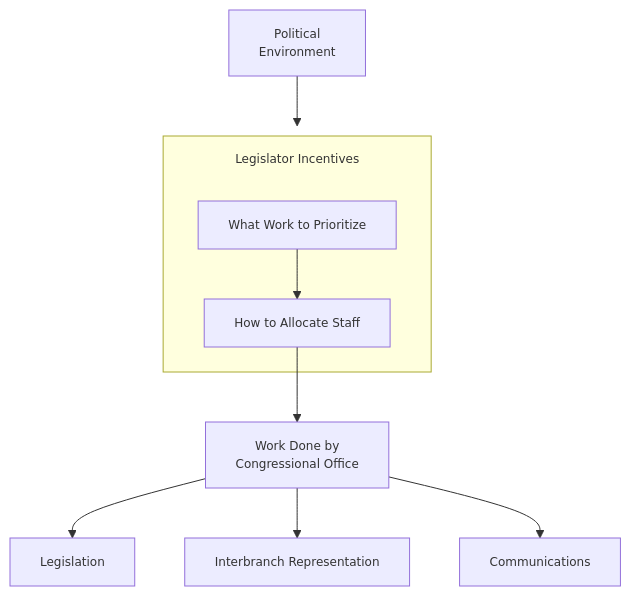
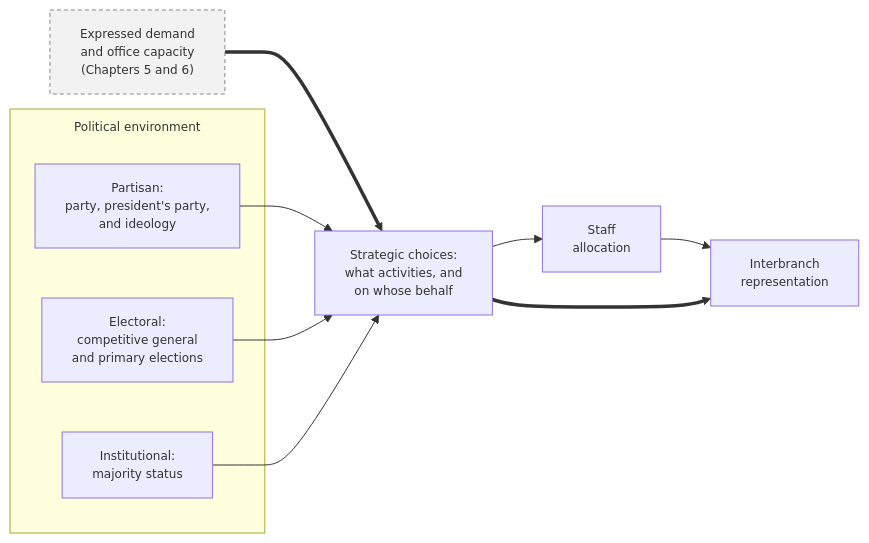
One commit to judgelord/cor-book changed the fourth of 6 diagrams in causal.qmd. Above: the diagram before and after it, drawn with Mermaid. The commit also changed other lines of this file and 38 other files, not shown here.

````diff
--- a/causal.qmd
+++ b/causal.qmd
@@ -152,24 +157,22 @@
 ```{mermaid}
-%%| label: fig-causal-strategy
-%%| fig-cap: "How legislator's strategic choices shape interbranch representation activities"
-%%| fig-width: 6.5
-%%| out-width: "100%"
-%%{init: {"themeVariables": {"fontSize": "12px"}, "flowchart": {"subGraphTitleMargin": {"top": 15, "bottom": 25}, "htmlLabels": false}}}%%
-flowchart TD
-        PE["Political<br/>Environment"]
-    subgraph strategic_g ["Legislator Incentives"]
-        G["What Work to Prioritize"]
-        SA["How to Allocate Staff"]
+%%{init: {"themeVariables": {"fontSize": "12px"}, "flowchart": {"subGraphTitleMargin": {"top": 10, "bottom": 10}, "htmlLabels": false}}}%%
+flowchart LR
+    D["Expressed demand<br/>and office capacity<br/>(Chapters 5 and 6)"]
+    subgraph env ["Political environment"]
+        PI["Partisan:<br/>party, president's party,<br/>and ideology"]
+        EL["Electoral:<br/>competitive general<br/>and primary elections"]
+        MJ["Institutional:<br/>majority status"]
     end
-        W["Work Done by<br/>Congressional Office"]
-        L["Legislation"]
-        A["Interbranch Representation"]
-        C["Communications"]
-    PE ---> strategic_g
-    G --> SA
+    O["Strategic choices:<br/>what activities, and<br/>on whose behalf"]
+    SA["Staff<br/>allocation"]
+    W["Interbranch<br/>representation"]
+    D ==> O
+    PI --> O
+    EL --> O
+    MJ --> O
+    O --> SA
     SA --> W
-    W --> L
-    W --> A
-    W --> C
-
+    O ==> W
+    classDef demand fill:#f2f2f2,stroke:#888,stroke-dasharray: 4 3
+    class D demand
 ```
````
